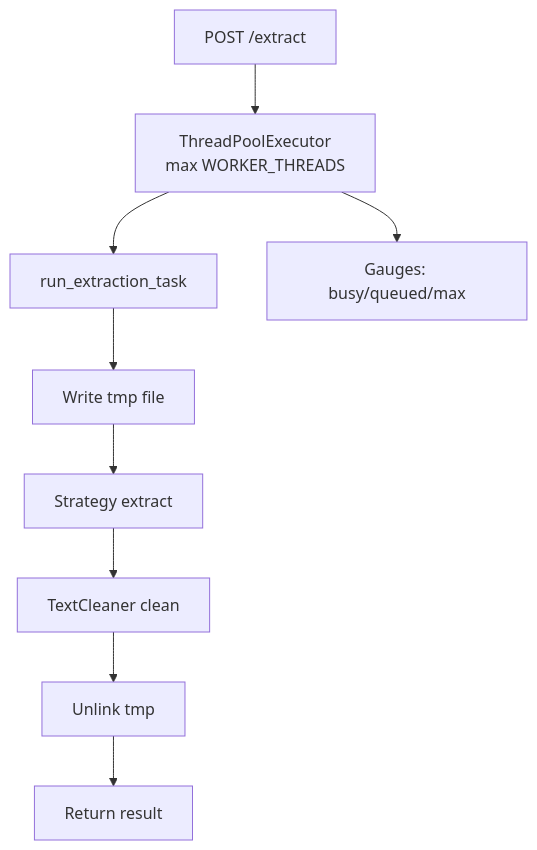
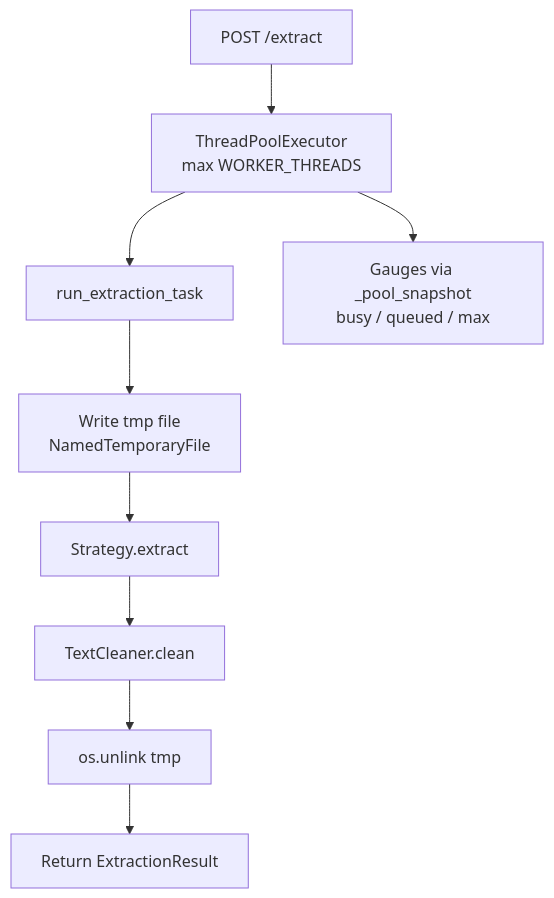
One commit to kunalPisolkar24/detectAI changed the fifth of 6 diagrams in services/document-parser/docs/concepts/architecture.md. Above: the diagram before and after it, drawn with Mermaid. The commit also changed other lines of this file and 9 other files, not shown here.

````diff
--- a/services/document-parser/docs/concepts/architecture.md
+++ b/services/document-parser/docs/concepts/architecture.md
@@ -181,11 +201,11 @@
 ```mermaid
 graph TB
     Request[POST /extract] --> Queue[ThreadPoolExecutor<br/>max WORKER_THREADS]
     Queue --> Worker[run_extraction_task]
-    Worker --> Temp[Write tmp file]
-    Temp --> Strat[Strategy extract]
-    Strat --> Clean[TextCleaner clean]
-    Clean --> Del[Unlink tmp]
-    Del --> Res[Return result]
-    Queue --> Metrics[Gauges: busy/queued/max]
+    Worker --> Temp[Write tmp file<br/>NamedTemporaryFile]
+    Temp --> Strat[Strategy.extract]
+    Strat --> Clean[TextCleaner.clean]
+    Clean --> Del[os.unlink tmp]
+    Del --> Res[Return ExtractionResult]
+    Queue --> Metrics[Gauges via _pool_snapshot<br/>busy / queued / max]
 ```
````
